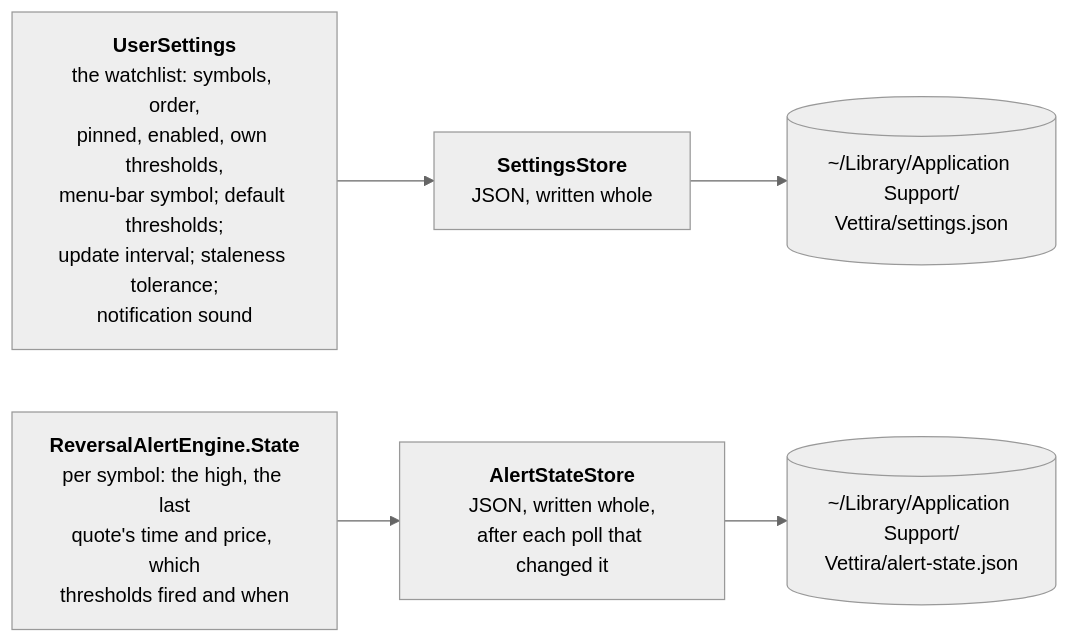
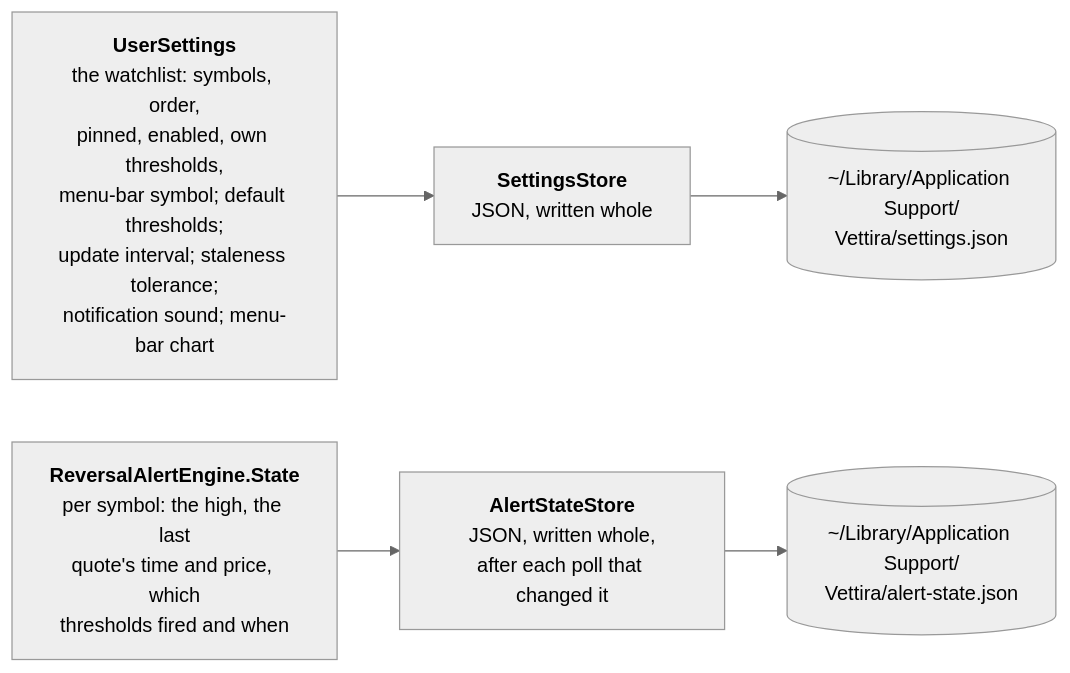
One commit to nikpietanze/vettira changed the third of 5 diagrams in docs/architecture.md. Above: the diagram before and after it, drawn with Mermaid (neutral theme). The commit also changed other lines of this file and 24 other files, not shown here.

Commit message:
Show today's price chart in the menu bar

````diff
--- a/docs/architecture.md
+++ b/docs/architecture.md
@@ -176,9 +189,9 @@
 ```mermaid
 flowchart LR
-    settings["<b>UserSettings</b><br/>the watchlist: symbols, order,<br/>pinned, enabled, own thresholds,<br/>menu-bar symbol; default thresholds;<br/>update interval; staleness tolerance;<br/>notification sound"]
+    settings["<b>UserSettings</b><br/>the watchlist: symbols, order,<br/>pinned, enabled, own thresholds,<br/>menu-bar symbol; default thresholds;<br/>update interval; staleness tolerance;<br/>notification sound; menu-bar chart"]
     store["<b>SettingsStore</b><br/>JSON, written whole"]
     settings --> store --> file[("~/Library/Application Support/<br/>Vettira/settings.json")]
     engine["<b>ReversalAlertEngine.State</b><br/>per symbol: the high, the last<br/>quote's time and price, which<br/>thresholds fired and when"]
     stateStore["<b>AlertStateStore</b><br/>JSON, written whole,<br/>after each poll that changed it"]
     engine --> stateStore --> stateFile[("~/Library/Application Support/<br/>Vettira/alert-state.json")]
 ```
````
